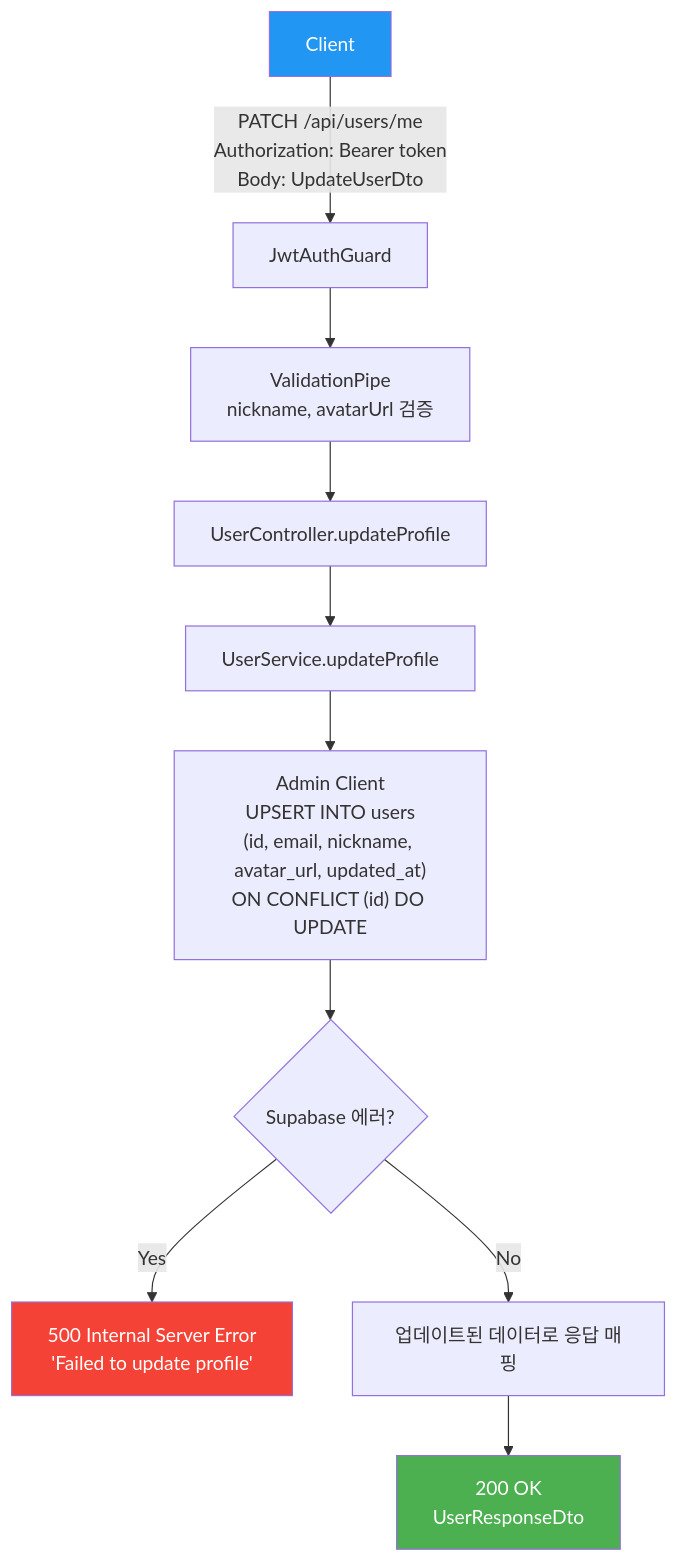
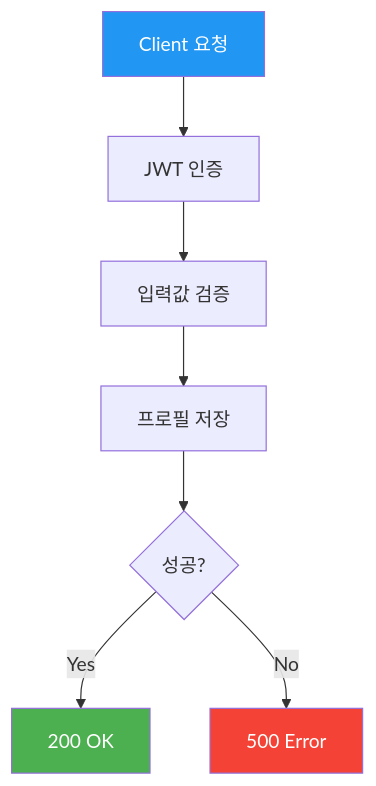
One commit to youngkim90/ddukddak-api changed the third of 6 diagrams in docs/api/user-api.md. Above: the diagram before and after it, drawn with Mermaid. The commit also changed other lines of this file and 5 other files, not shown here.

First line of the commit message:
docs: simplify flowcharts with dual API/code flow structure

````diff
--- a/docs/api/user-api.md
+++ b/docs/api/user-api.md
@@ -66,16 +76,13 @@
 ```mermaid
 flowchart TD
-    A[Client] -->|"PATCH /api/users/me<br/>Authorization: Bearer token<br/>Body: UpdateUserDto"| B[JwtAuthGuard]
-    B --> C[ValidationPipe<br/>nickname, avatarUrl 검증]
-    C --> D[UserController.updateProfile]
-    D --> E[UserService.updateProfile]
-    E --> F["Admin Client<br/>UPSERT INTO users<br/>(id, email, nickname, avatar_url, updated_at)<br/>ON CONFLICT (id) DO UPDATE"]
-    F --> G{Supabase 에러?}
-    G -- Yes --> H["500 Internal Server Error<br/>'Failed to update profile'"]
-    G -- No --> I[업데이트된 데이터로 응답 매핑]
-    I --> J["200 OK<br/>UserResponseDto"]
+    A[Client 요청] --> B[JWT 인증]
+    B --> C[입력값 검증]
+    C --> D[프로필 저장]
+    D --> E{성공?}
+    E -- Yes --> F[200 OK]
+    E -- No --> G[500 Error]
 
     style A fill:#2196f3,color:#fff
-    style H fill:#f44336,color:#fff
-    style J fill:#4caf50,color:#fff
+    style F fill:#4caf50,color:#fff
+    style G fill:#f44336,color:#fff
 ```
````
